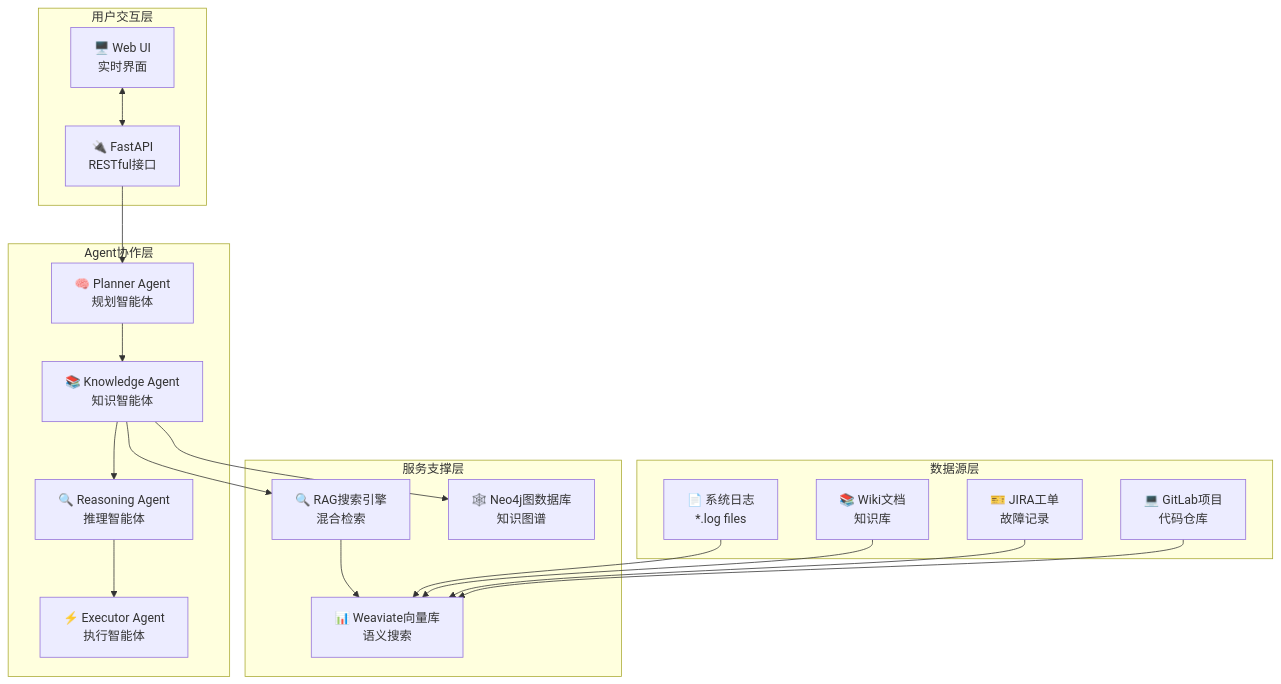
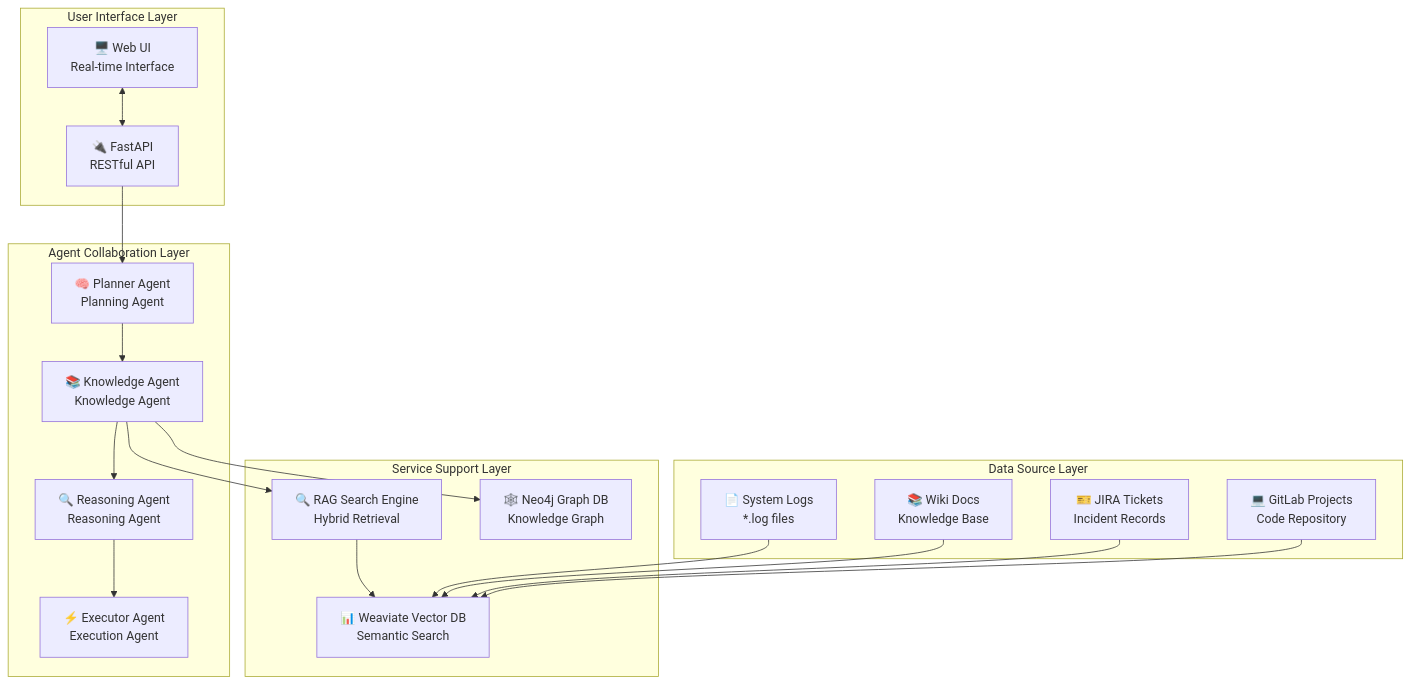
Before and after one commit to pkusnail/AIOpsPolaris: the first of 2 diagrams in README.md, drawn with Mermaid. The commit also changed other lines of this file and 1 other file, not shown here.

First line of the commit message:
feat(docs): implement bilingual README support (English/Chinese)

````diff
--- a/README.md
+++ b/README.md
@@ -52,42 +53,42 @@
 ```mermaid
 graph TB
-    subgraph "用户交互层"
-        UI[🖥️ Web UI<br/>实时界面]
-        API[🔌 FastAPI<br/>RESTful接口]
+    subgraph "User Interface Layer"
+        UI[🖥️ Web UI<br/>Real-time Interface]
+        API[🔌 FastAPI<br/>RESTful API]
     end
     
-    subgraph "Agent协作层"  
-        PLANNER[🧠 Planner Agent<br/>规划智能体]
-        KNOWLEDGE[📚 Knowledge Agent<br/>知识智能体]
-        REASONING[🔍 Reasoning Agent<br/>推理智能体] 
-        EXECUTOR[⚡ Executor Agent<br/>执行智能体]
+    subgraph "Agent Collaboration Layer"  
+        PLANNER[🧠 Planner Agent<br/>Planning Agent]
+        KNOWLEDGE[📚 Knowledge Agent<br/>Knowledge Agent]
+        REASONING[🔍 Reasoning Agent<br/>Reasoning Agent] 
+        EXECUTOR[⚡ Executor Agent<br/>Execution Agent]
     end
     
-    subgraph "服务支撑层"
-        RAG[🔍 RAG搜索引擎<br/>混合检索]
-        NEO4J[🕸️ Neo4j图数据库<br/>知识图谱]  
-        WEAVIATE[📊 Weaviate向量库<br/>语义搜索]
+    subgraph "Service Support Layer"
+        RAG[🔍 RAG Search Engine<br/>Hybrid Retrieval]
+        NEO4J[🕸️ Neo4j Graph DB<br/>Knowledge Graph]  
+        WEAVIATE[📊 Weaviate Vector DB<br/>Semantic Search]
     end
     
-    subgraph "数据源层"
-        LOGS[📄 系统日志<br/>*.log files]
-        WIKI[📚 Wiki文档<br/>知识库]
-        JIRA[🎫 JIRA工单<br/>故障记录]
-        GITLAB[💻 GitLab项目<br/>代码仓库]
+    subgraph "Data Source Layer"
+        LOGS[📄 System Logs<br/>*.log files]
+        WIKI[📚 Wiki Docs<br/>Knowledge Base]
+        JIRA[🎫 JIRA Tickets<br/>Incident Records]
+        GITLAB[💻 GitLab Projects<br/>Code Repository]
     end
     
     UI <--> API
     API --> PLANNER
     PLANNER --> KNOWLEDGE
     KNOWLEDGE --> REASONING
     REASONING --> EXECUTOR
     
     KNOWLEDGE --> RAG
     KNOWLEDGE --> NEO4J
     RAG --> WEAVIATE
     
     LOGS --> WEAVIATE
     WIKI --> WEAVIATE  
     JIRA --> WEAVIATE
     GITLAB --> WEAVIATE
 ```
````
